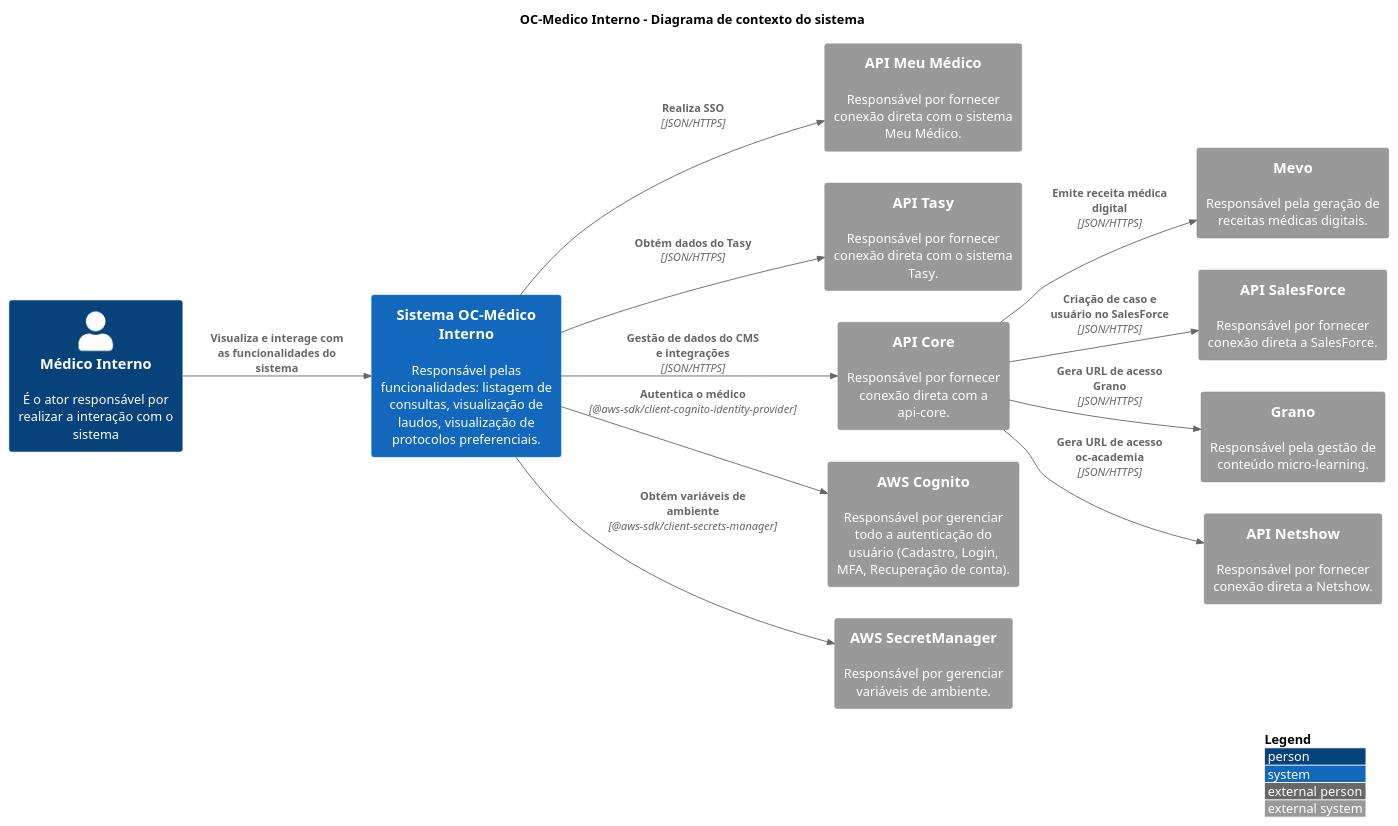
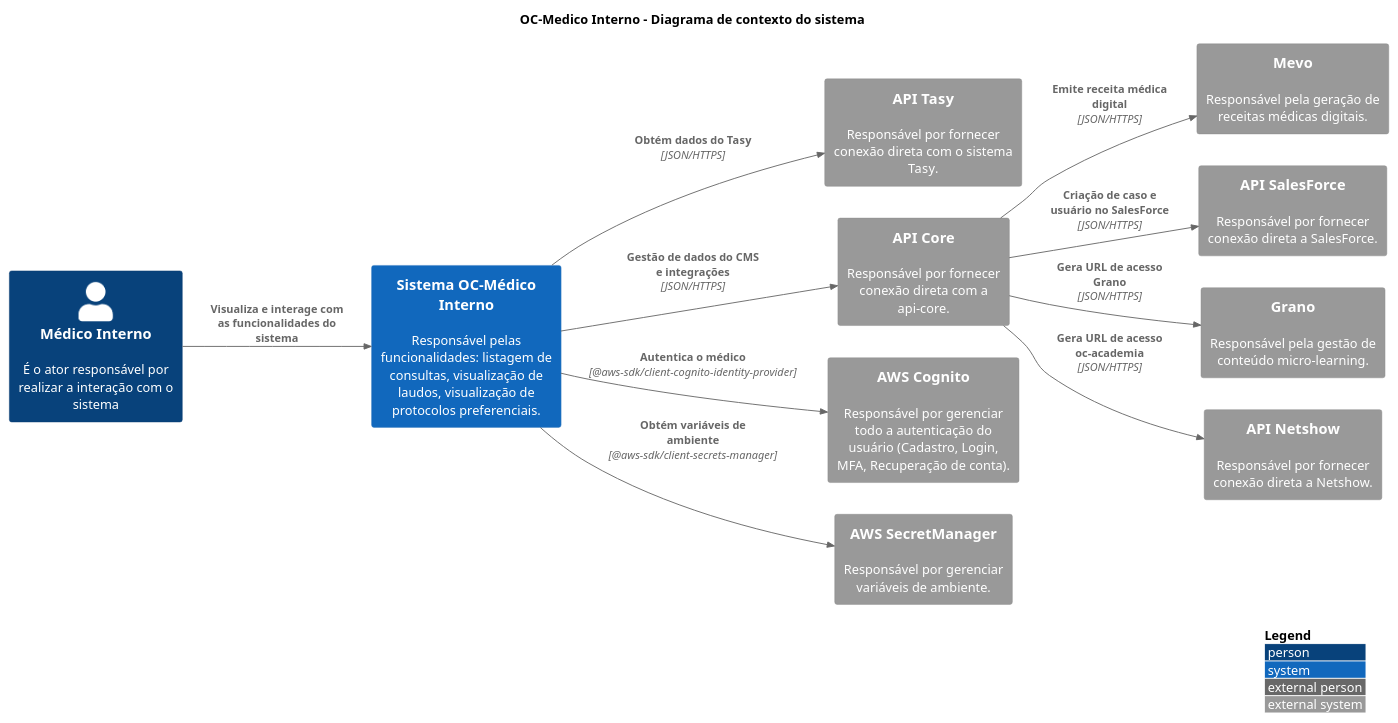
One commit to luizggbasedigital/poc-oc-docs changed the diagram in src/OC-Medico Interno/C1. Visão Geral/context.puml. Above: the diagram before and after it, drawn with PlantUML.

Commit message:
docs: remove my physician api integration in internal physician docs

```diff
--- a/src/OC-Medico Interno/C1. Visão Geral/context.puml
+++ b/src/OC-Medico Interno/C1. Visão Geral/context.puml
@@ -1,47 +1,45 @@
 @startuml "Context Diagram"
 
 title "OC-Medico Interno - Diagrama de contexto do sistema"
 
 !include https://raw.githubusercontent.com/adrianvlupu/C4-PlantUML/latest/C4_Context.puml
 
 LAYOUT_WITH_LEGEND()
 LAYOUT_LEFT_RIGHT()
 
 skinparam backgroundcolor transparent
 
 /'Actors'/
 Person(ActorInternalPhysician, "Médico Interno", "É o ator responsável por realizar a interação com o sistema")
 
 /'Internal Systems'/
 System(SystemOCInternalPhysician, "Sistema OC-Médico Interno", "Responsável pelas funcionalidades: listagem de consultas, visualização de laudos, visualização de protocolos preferenciais.")
 
 /'External Systems'/
-System_Ext(SystemMyPhysicianApi, "API Meu Médico", "Responsável por fornecer conexão direta com o sistema Meu Médico.")
 System_Ext(SystemTasyApi, "API Tasy", "Responsável por fornecer conexão direta com o sistema Tasy.")
 
 /'API-Core Systems'/
 System_Ext(SystemApiCore, "API Core", "Responsável por fornecer conexão direta com a api-core.")
 System_Ext(SystemMevo, "Mevo", "Responsável pela geração de receitas médicas digitais.")
 System_Ext(SystemSalesForce, "API SalesForce", "Responsável por fornecer conexão direta a SalesForce.")
 System_Ext(SystemGrano, "Grano", "Responsável pela gestão de conteúdo micro-learning.")
 System_Ext(SystemNetshow, "API Netshow", "Responsável por fornecer conexão direta a Netshow.")
 
 /'AWS Systems'/
 System_Ext(SystemAWSCognito, "AWS Cognito", "Responsável por gerenciar todo a autenticação do usuário (Cadastro, Login, MFA, Recuperação de conta).")
 System_Ext(SystemAWSSecretManager, "AWS SecretManager", "Responsável por gerenciar variáveis de ambiente.")
 
 /'Relations'/
 Rel(ActorInternalPhysician, SystemOCInternalPhysician, "Visualiza e interage com as funcionalidades do sistema")
 Rel(SystemOCInternalPhysician, SystemAWSCognito, "Autentica o médico", "@aws-sdk/client-cognito-identity-provider")
 Rel(SystemOCInternalPhysician, SystemAWSSecretManager, "Obtém variáveis de ambiente", "@aws-sdk/client-secrets-manager")
-Rel(SystemOCInternalPhysician, SystemMyPhysicianApi, "Realiza SSO", "JSON/HTTPS")
 Rel(SystemOCInternalPhysician, SystemTasyApi, "Obtém dados do Tasy", "JSON/HTTPS")
 
 /'API-Core Integrations'/
 Rel(SystemOCInternalPhysician, SystemApiCore, "Gestão de dados do CMS e integrações", "JSON/HTTPS")
 Rel(SystemApiCore, SystemMevo, "Emite receita médica digital", "JSON/HTTPS")
 Rel(SystemApiCore, SystemSalesForce, "Criação de caso e usuário no SalesForce", "JSON/HTTPS")
 Rel(SystemApiCore, SystemGrano, "Gera URL de acesso Grano", "JSON/HTTPS")
 Rel(SystemApiCore, SystemNetshow, "Gera URL de acesso oc-academia", "JSON/HTTPS")
 
 @enduml
```
